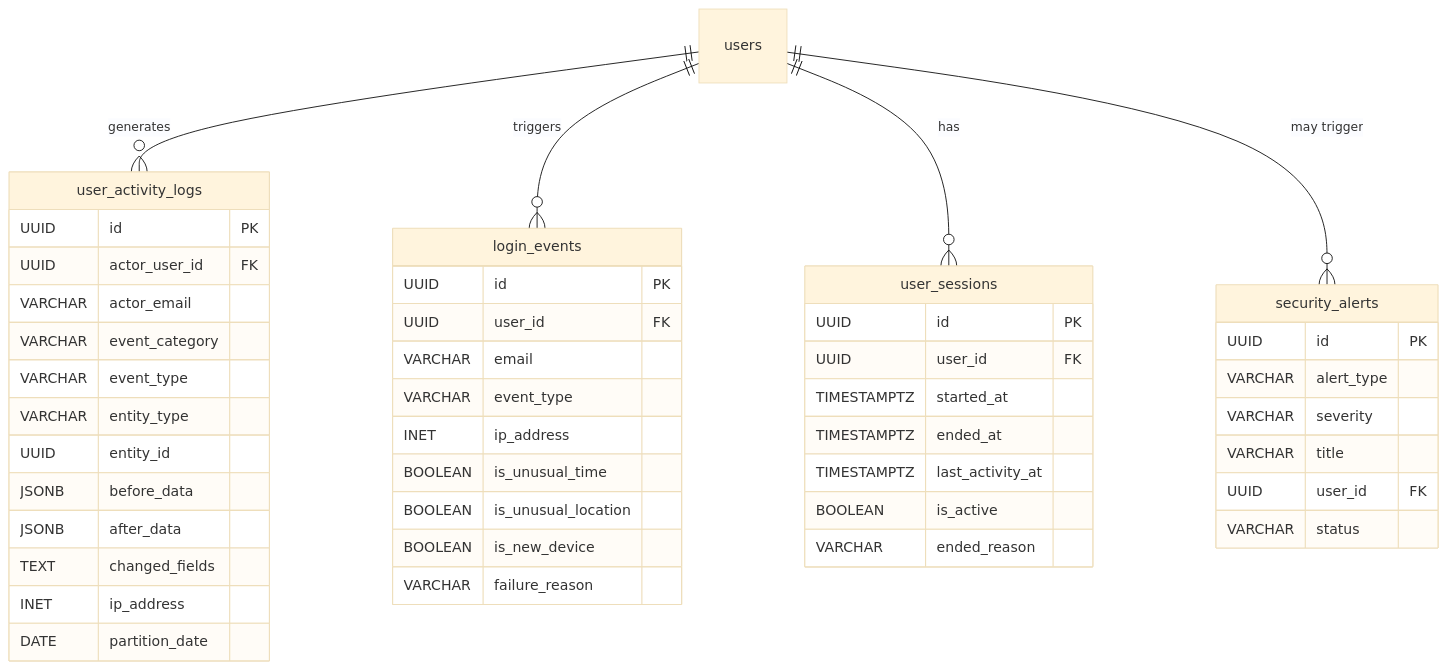
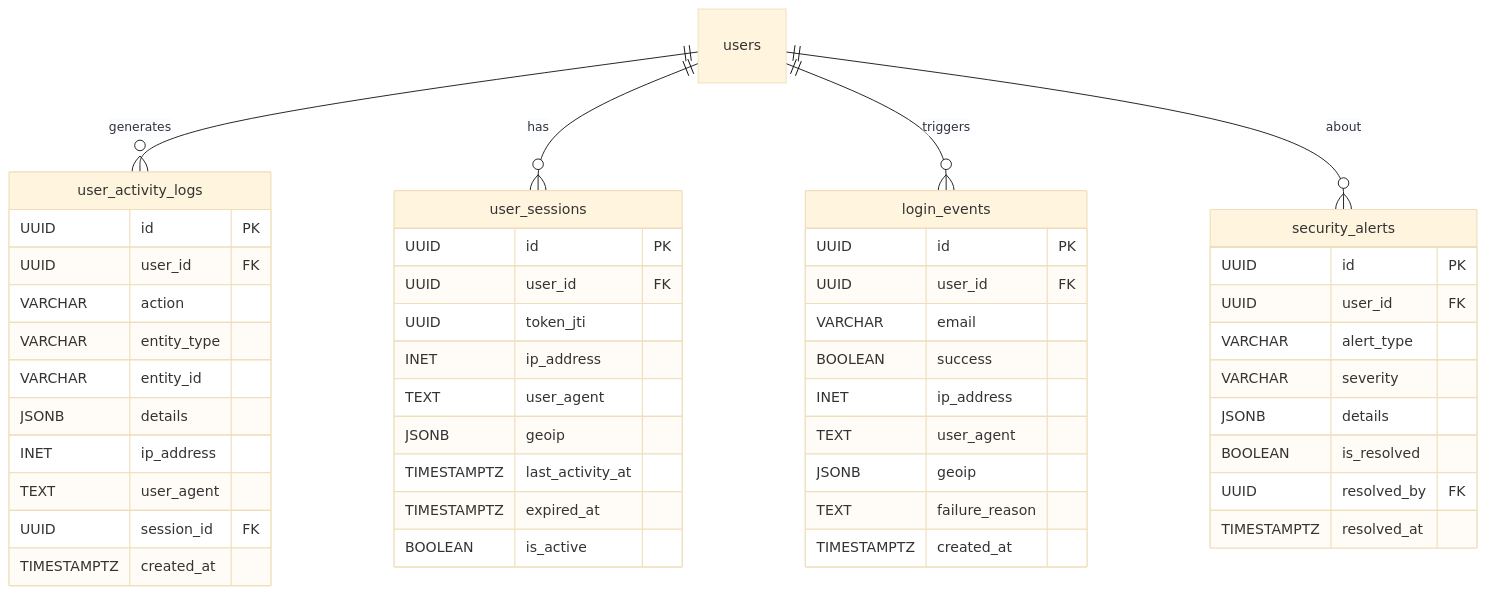
One commit to delightening/ipig_system changed the tenth of 11 diagrams in Profiling_Spec/database_erd.md. Above: the diagram before and after it, drawn with Mermaid (base theme). The commit also changed other lines of this file and 71 other files, not shown here.

````diff
--- a/Profiling_Spec/database_erd.md
+++ b/Profiling_Spec/database_erd.md
@@ -575,53 +690,55 @@
 ```mermaid
 erDiagram
-    users ||--o{ user_activity_logs : "generates"
-    users ||--o{ login_events : "triggers"
-    users ||--o{ user_sessions : "has"
-    users ||--o{ security_alerts : "may trigger"
-    
+    users ||--o{ user_activity_logs : generates
+    users ||--o{ user_sessions : has
+    users ||--o{ login_events : triggers
+    users ||--o{ security_alerts : about
+
     user_activity_logs {
         UUID id PK
-        UUID actor_user_id FK
-        VARCHAR actor_email
-        VARCHAR event_category
-        VARCHAR event_type
+        UUID user_id FK
+        VARCHAR action
         VARCHAR entity_type
-        UUID entity_id
-        JSONB before_data
-        JSONB after_data
-        TEXT changed_fields
+        VARCHAR entity_id
+        JSONB details
         INET ip_address
-        DATE partition_date
+        TEXT user_agent
+        UUID session_id FK
+        TIMESTAMPTZ created_at
     }
-    
+
+    user_sessions {
+        UUID id PK
+        UUID user_id FK
+        UUID token_jti
+        INET ip_address
+        TEXT user_agent
+        JSONB geoip
+        TIMESTAMPTZ last_activity_at
+        TIMESTAMPTZ expired_at
+        BOOLEAN is_active
+    }
+
     login_events {
         UUID id PK
         UUID user_id FK
         VARCHAR email
-        VARCHAR event_type
+        BOOLEAN success
         INET ip_address
-        BOOLEAN is_unusual_time
-        BOOLEAN is_unusual_location
-        BOOLEAN is_new_device
-        VARCHAR failure_reason
+        TEXT user_agent
+        JSONB geoip
+        TEXT failure_reason
+        TIMESTAMPTZ created_at
     }
-    
-    user_sessions {
+
+    security_alerts {
         UUID id PK
         UUID user_id FK
-        TIMESTAMPTZ started_at
-        TIMESTAMPTZ ended_at
-        TIMESTAMPTZ last_activity_at
-        BOOLEAN is_active
-        VARCHAR ended_reason
-    }
-    
-    security_alerts {
-        UUID id PK
         VARCHAR alert_type
         VARCHAR severity
-        VARCHAR title
-        UUID user_id FK
-        VARCHAR status
+        JSONB details
+        BOOLEAN is_resolved
+        UUID resolved_by FK
+        TIMESTAMPTZ resolved_at
     }
 ```
````
